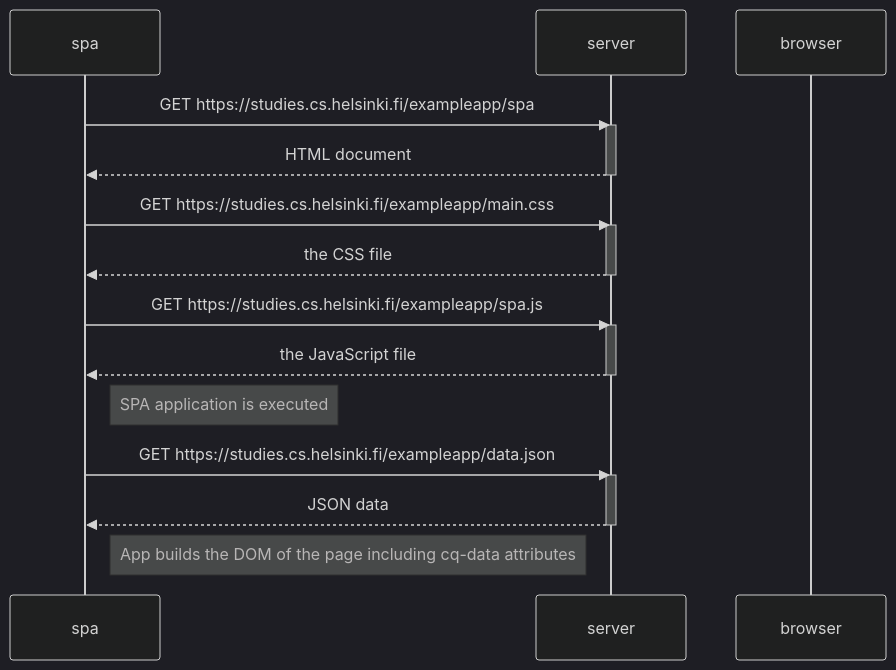
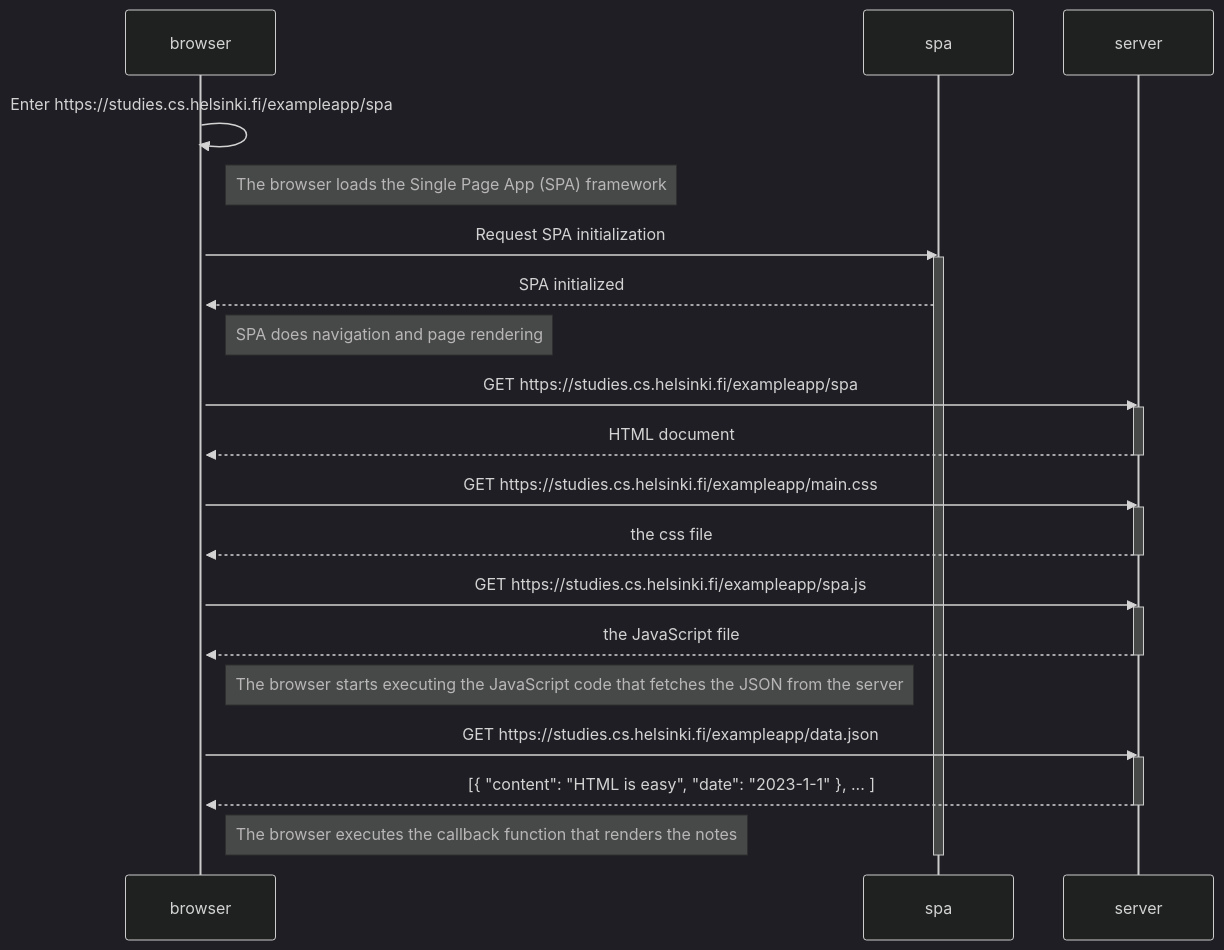
Before and after one commit to cmjoha/kaavio1: the diagram in kaavio2README.md, drawn with Mermaid (dark theme).

````diff
--- a/kaavio2README.md
+++ b/kaavio2README.md
@@ -1,31 +1,44 @@
 ```mermaid
 sequenceDiagram
+    participant browser
     participant spa
     participant server
-    participant browser
     
-    spa->>server: GET https://studies.cs.helsinki.fi/exampleapp/spa
+    browser->>browser: Enter https://studies.cs.helsinki.fi/exampleapp/spa
+    activate browser
+    
+    Note right of browser: The browser loads the Single Page App (SPA) framework
+    
+    browser->>spa: Request SPA initialization
+    activate spa
+    spa-->>browser: SPA initialized
+    
+    Note right of browser: SPA does navigation and page rendering
+    
+    browser->>server: GET https://studies.cs.helsinki.fi/exampleapp/spa
     activate server
-    server-->>spa: HTML document
+    server-->>browser: HTML document
     deactivate server
+
+    browser->>server: GET https://studies.cs.helsinki.fi/exampleapp/main.css
+    activate server
+    server-->>browser: the css file
+    deactivate server
+
+    browser->>server: GET https://studies.cs.helsinki.fi/exampleapp/spa.js
+    activate server
+    server-->>browser: the JavaScript file
+    deactivate server
+
+    Note right of browser: The browser starts executing the JavaScript code that fetches the JSON from the server
     
-    spa->>server: GET https://studies.cs.helsinki.fi/exampleapp/main.css
+    browser->>server: GET https://studies.cs.helsinki.fi/exampleapp/data.json
     activate server
-    server-->>spa: the CSS file
-    deactivate server
-    
-    spa->>server: GET https://studies.cs.helsinki.fi/exampleapp/spa.js
-    activate server
-    server-->>spa: the JavaScript file
-    deactivate server
-    
-    Note right of spa: SPA application is executed
-    
-    spa->>server: GET https://studies.cs.helsinki.fi/exampleapp/data.json
-    activate server
-    server-->>spa: JSON data
-    deactivate server
-    
-    Note right of spa: App builds the DOM of the page including cq-data attributes
+    server-->>browser: [{ "content": "HTML is easy", "date": "2023-1-1" }, ... ]
+    deactivate server    
+
+    Note right of browser: The browser executes the callback function that renders the notes
+
+    deactivate spa
     
 ```
````
